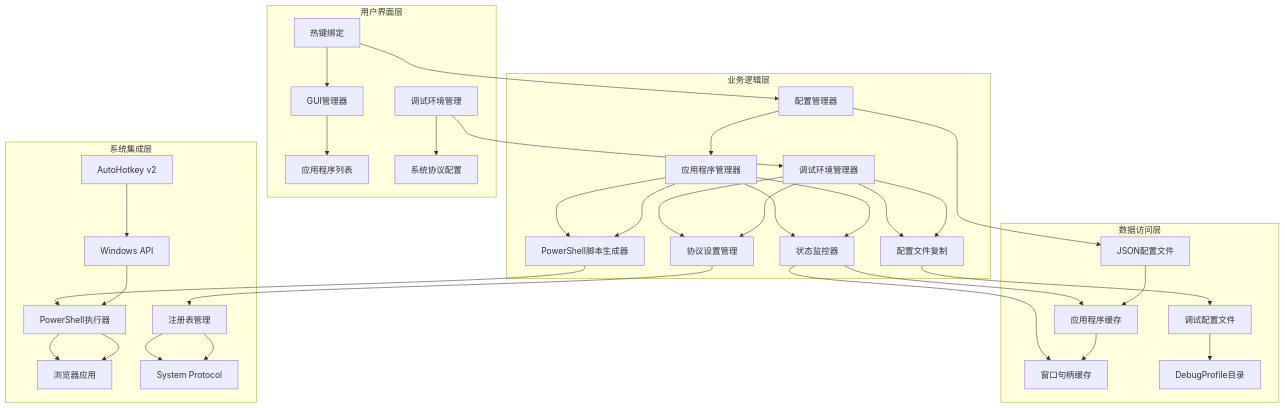
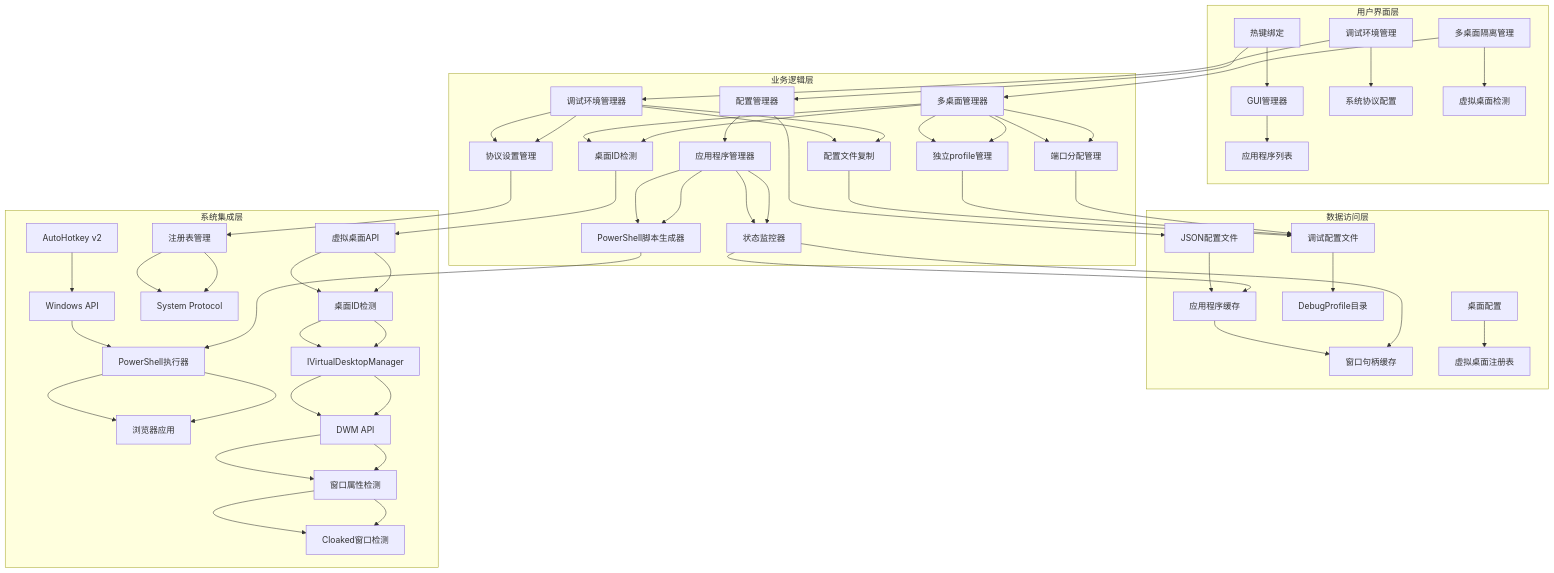
The fourth of 15 diagrams in .qoder/repowiki/zh/content/核心功能/浏览器应用管理.md (wangys-123doit/hotkey), drawn with Mermaid before and after one commit. The commit also changed other lines of this file and 21 other files, not shown here.

````diff
--- a/.qoder/repowiki/zh/content/核心功能/浏览器应用管理.md
+++ b/.qoder/repowiki/zh/content/核心功能/浏览器应用管理.md
@@ -167,40 +179,62 @@
 ```mermaid
 graph TB
 subgraph "用户界面层"
 A[热键绑定] --> B[GUI管理器]
 B --> C[应用程序列表]
 D[调试环境管理] --> E[系统协议配置]
+F[多桌面隔离管理] --> G[虚拟桌面检测]
 end
 subgraph "业务逻辑层"
-F[配置管理器] --> G[应用程序管理器]
-G --> H[PowerShell脚本生成器]
-G --> I[状态监控器]
-J[调试环境管理器] --> K[配置文件复制]
-J --> L[协议设置管理]
+H[配置管理器] --> I[应用程序管理器]
+I --> J[PowerShell脚本生成器]
+I --> K[状态监控器]
+L[调试环境管理器] --> M[配置文件复制]
+L --> N[协议设置管理]
+O[多桌面管理器] --> P[桌面ID检测]
+O --> Q[独立profile管理]
+O --> R[端口分配管理]
 end
 subgraph "数据访问层"
-M[JSON配置文件] --> N[应用程序缓存]
-N --> O[窗口句柄缓存]
-P[调试配置文件] --> Q[DebugProfile目录]
+S[JSON配置文件] --> T[应用程序缓存]
+T --> U[窗口句柄缓存]
+V[调试配置文件] --> W[DebugProfile目录]
+X[桌面配置] --> Y[虚拟桌面注册表]
 end
 subgraph "系统集成层"
-R[AutoHotkey v2] --> S[Windows API]
-S --> T[PowerShell执行器]
-T --> U[浏览器应用]
-V[注册表管理] --> W[System Protocol]
+Z[AutoHotkey v2] --> AA[Windows API]
+AA --> AB[PowerShell执行器]
+AB --> AC[浏览器应用]
+AD[注册表管理] --> AE[System Protocol]
+AF[虚拟桌面API] --> AG[桌面ID检测]
+AG --> AH[IVirtualDesktopManager]
+AH --> AI[DWM API]
+AI --> AJ[窗口属性检测]
+AJ --> AK[Cloaked窗口检测]
 end
-A --> F
-D --> J
-F --> M
-G --> H
-G --> I
-I --> N
-I --> O
-J --> K
-J --> L
-K --> P
-L --> V
-H --> T
-T --> U
-V --> W
+A --> H
+D --> L
+F --> O
+H --> S
+I --> J
+I --> K
+K --> T
+K --> U
+L --> M
+L --> N
+O --> P
+O --> Q
+O --> R
+M --> V
+N --> AD
+P --> AF
+Q --> V
+R --> V
+J --> AB
+AB --> AC
+AD --> AE
+AF --> AG
+AG --> AH
+AH --> AI
+AI --> AJ
+AJ --> AK
 ```
````
